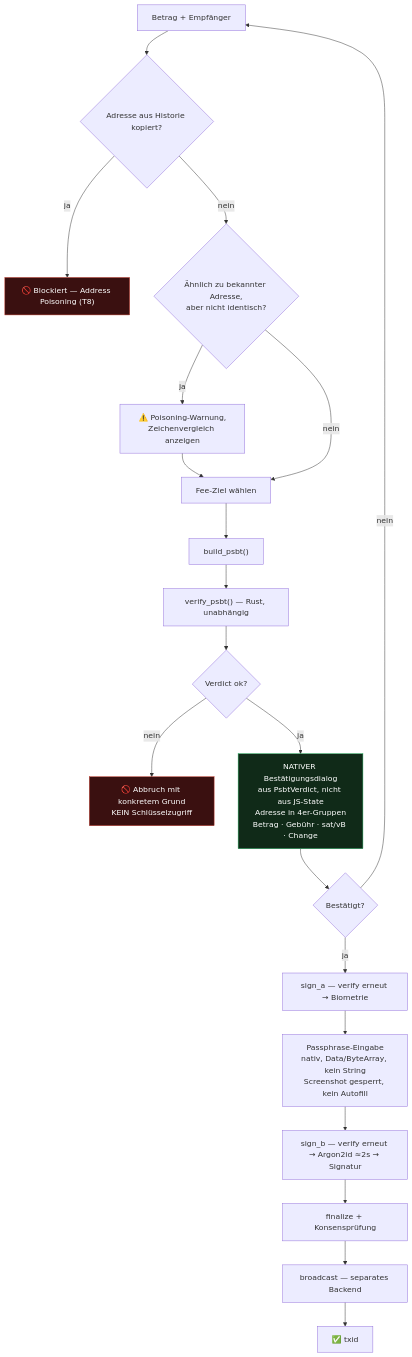
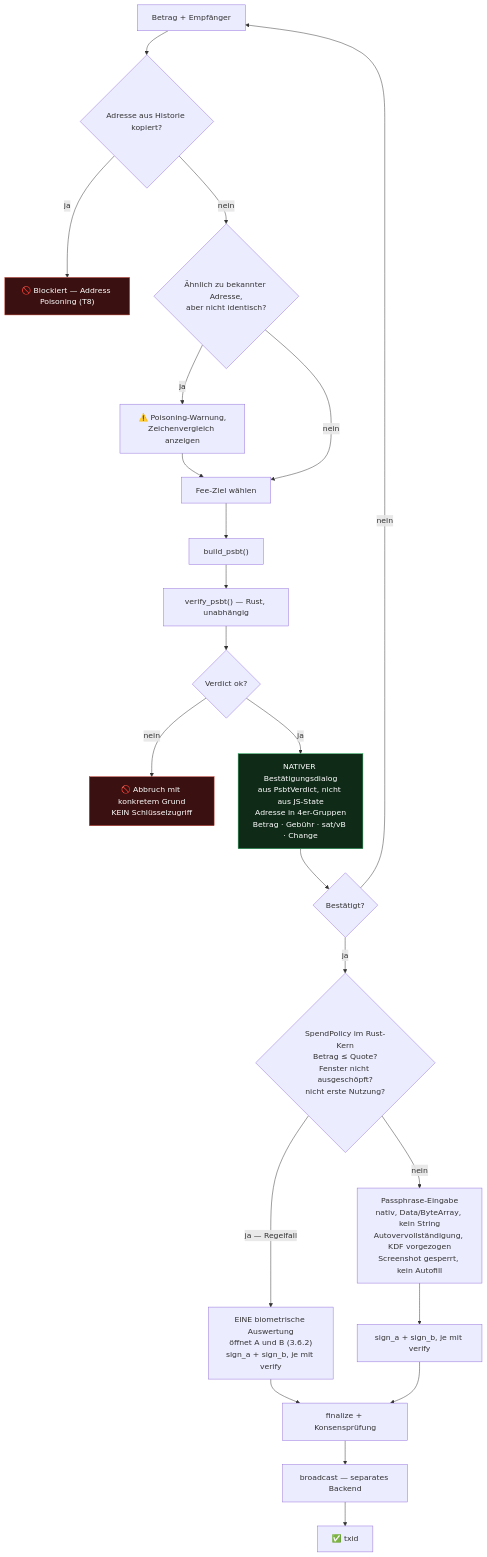
Before and after one commit to joshuakrueger-dfx/Bitcoin-Trinity: the sixth of 9 diagrams in docs/SPECIFICATION.md, drawn with Mermaid. The commit also changed other lines of this file and 1 other file, not shown here.

````diff
--- a/docs/SPECIFICATION.md
+++ b/docs/SPECIFICATION.md
@@ -1452,26 +1596,28 @@
 ```mermaid
 flowchart TD
     B0["Betrag + Empfänger"] --> B1{"Adresse aus Historie kopiert?"}
     B1 -->|"ja"| B1a["🚫 Blockiert — Address Poisoning (T8)"]
     B1 -->|"nein"| B2{"Ähnlich zu bekannter Adresse,<br/>aber nicht identisch?"}
     B2 -->|"ja"| B2a["⚠️ Poisoning-Warnung,<br/>Zeichenvergleich anzeigen"]
     B2a --> B3
     B2 -->|"nein"| B3["Fee-Ziel wählen"]
     B3 --> B4["build_psbt()"]
     B4 --> B5["verify_psbt() — Rust, unabhängig"]
     B5 --> B6{"Verdict ok?"}
     B6 -->|"nein"| B6a["🚫 Abbruch mit konkretem Grund<br/>KEIN Schlüsselzugriff"]
     B6 -->|"ja"| B7["NATIVER Bestätigungsdialog<br/>aus PsbtVerdict, nicht aus JS-State<br/>Adresse in 4er-Gruppen<br/>Betrag · Gebühr · sat/vB · Change"]
     B7 --> B8{"Bestätigt?"}
     B8 -->|"nein"| B0
-    B8 -->|"ja"| B9["sign_a — verify erneut → Biometrie"]
-    B9 --> B10["Passphrase-Eingabe<br/>nativ, Data/ByteArray, kein String<br/>Screenshot gesperrt, kein Autofill"]
-    B10 --> B11["sign_b — verify erneut → Argon2id ≈2s → Signatur"]
-    B11 --> B12["finalize + Konsensprüfung"]
+    B8 -->|"ja"| B8a{"SpendPolicy im Rust-Kern<br/>Betrag ≤ Quote?<br/>Fenster nicht ausgeschöpft?<br/>nicht erste Nutzung?"}
+    B8a -->|"ja — Regelfall"| B9["EINE biometrische Auswertung<br/>öffnet A und B (3.6.2)<br/>sign_a + sign_b, je mit verify"]
+    B8a -->|"nein"| B10["Passphrase-Eingabe<br/>nativ, Data/ByteArray, kein String<br/>Autovervollständigung, KDF vorgezogen<br/>Screenshot gesperrt, kein Autofill"]
+    B10 --> B11["sign_a + sign_b, je mit verify"]
+    B9 --> B12["finalize + Konsensprüfung"]
+    B11 --> B12
     B12 --> B13["broadcast — separates Backend"]
     B13 --> B14["✅ txid"]
 
     style B6a fill:#3a1010,stroke:#c0392b,color:#fff
     style B1a fill:#3a1010,stroke:#c0392b,color:#fff
     style B7 fill:#102a18,stroke:#27ae60,color:#fff
 ```
````
